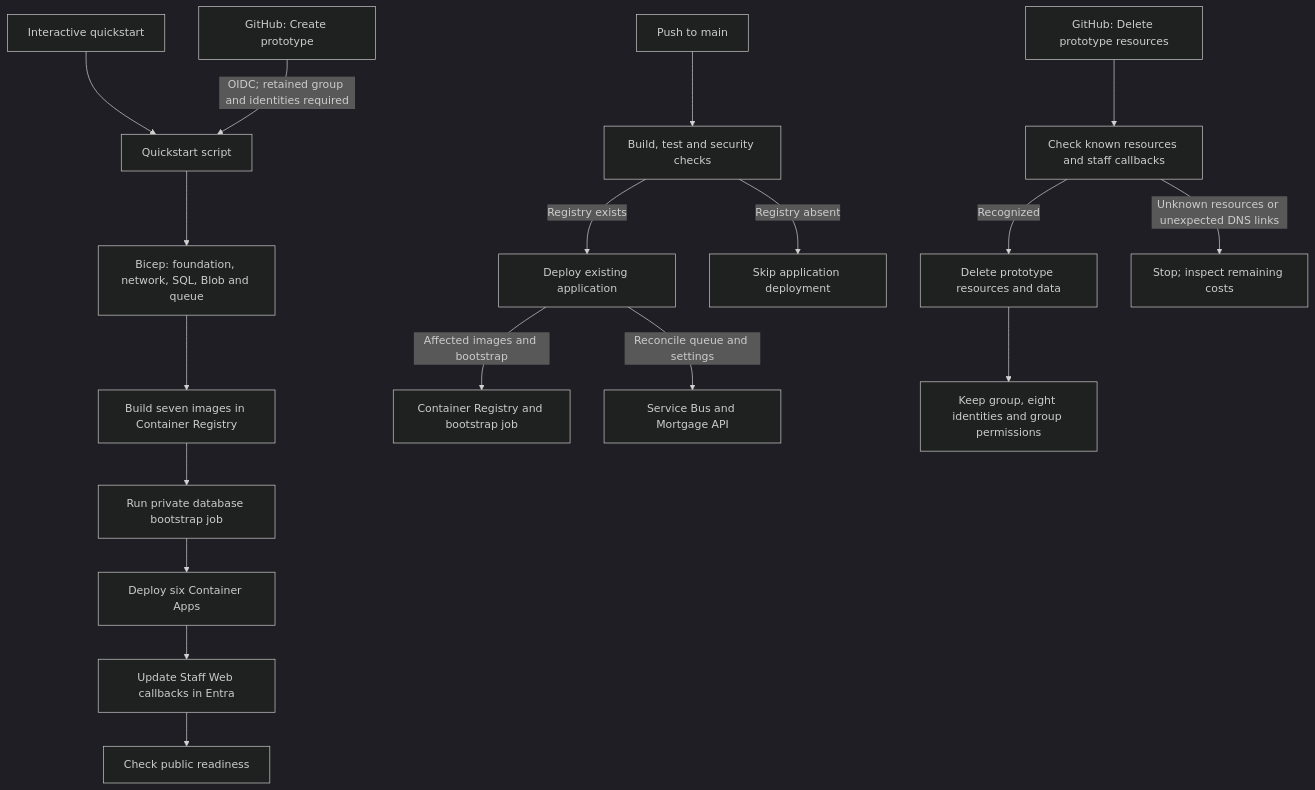
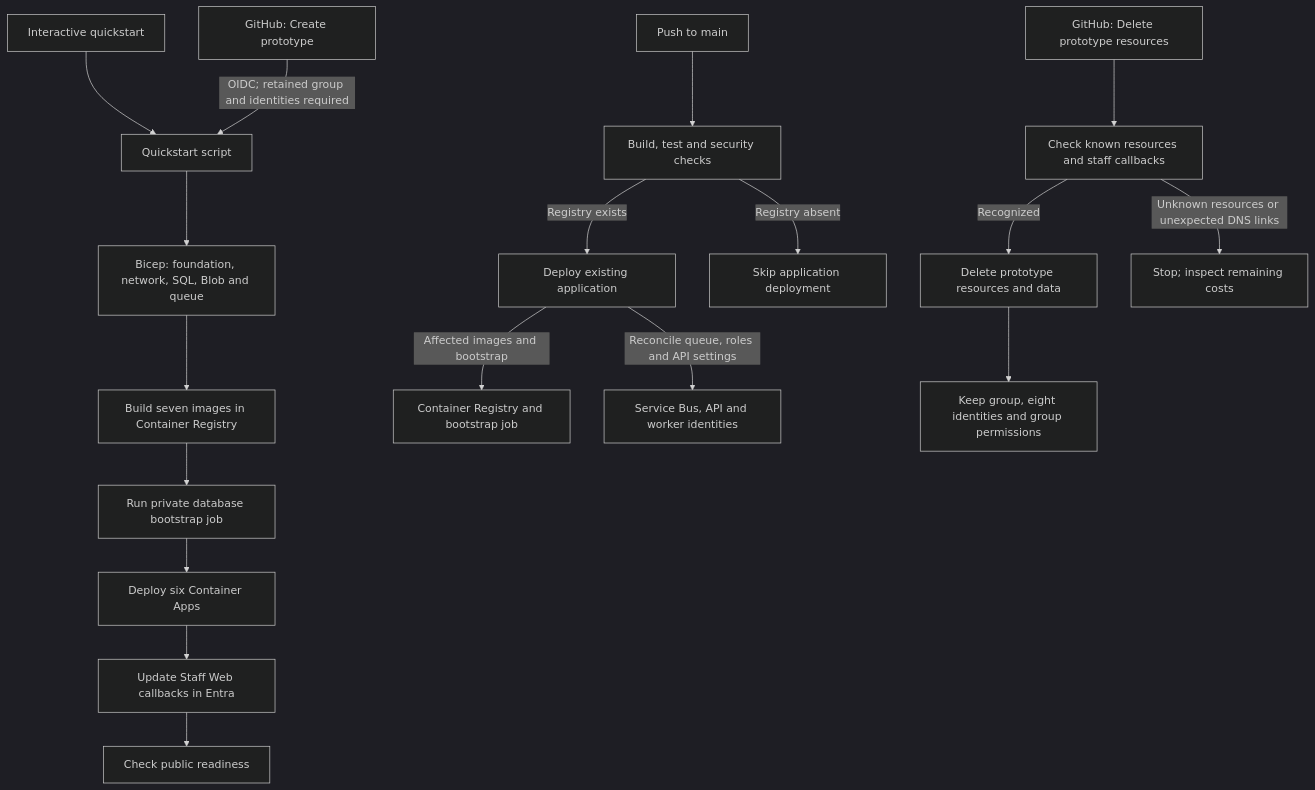
Before and after one commit to eyeballpaul/Mortgage-Processing-Application: the fourth of 4 diagrams in docs/architecture.md, drawn with Mermaid (dark theme). The commit also changed other lines of this file and 8 other files, not shown here.

````diff
--- a/docs/architecture.md
+++ b/docs/architecture.md
@@ -188,22 +188,22 @@
 ```mermaid
 flowchart TD
     Manual[Interactive quickstart] --> Script[Quickstart script]
     Create[GitHub: Create prototype] -->|OIDC; retained group and identities required| Script
     Script --> Foundation[Bicep: foundation, network, SQL, Blob and queue]
     Foundation --> Images[Build seven images in Container Registry]
     Images --> Bootstrap[Run private database bootstrap job]
     Bootstrap --> Apps[Deploy six Container Apps]
     Apps --> Callbacks[Update Staff Web callbacks in Entra]
     Callbacks --> Ready[Check public readiness]
 
     Push[Push to main] --> CI[Build, test and security checks]
     CI -->|Registry exists| Update[Deploy existing application]
     Update -->|Affected images and bootstrap| Registry[Container Registry and bootstrap job]
-    Update -->|Reconcile queue and settings| Notifications[Service Bus and Mortgage API]
+    Update -->|Reconcile queue, roles and API settings| Notifications[Service Bus, API and worker identities]
     CI -->|Registry absent| Skip[Skip application deployment]
 
     Delete[GitHub: Delete prototype resources] --> Review[Check known resources and staff callbacks]
     Review -->|Recognized| Remove[Delete prototype resources and data]
     Review -->|Unknown resources or unexpected DNS links| Stop[Stop; inspect remaining costs]
     Remove --> Retain[Keep group, eight identities and group permissions]
 ```
````
